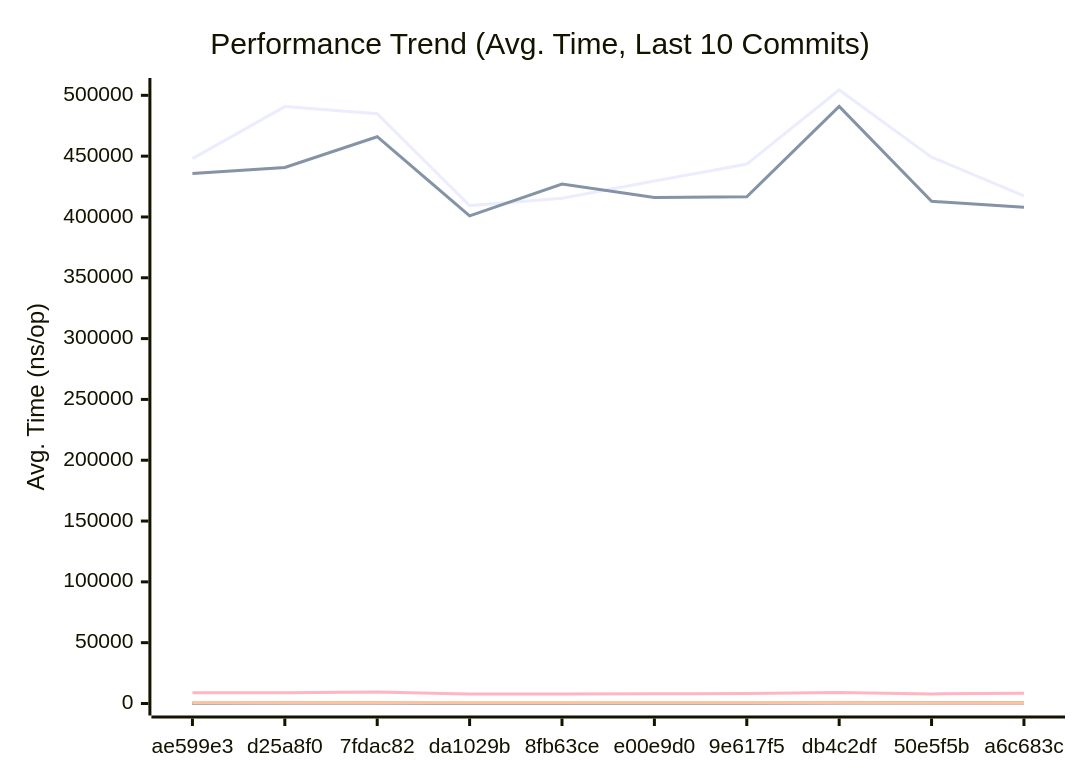
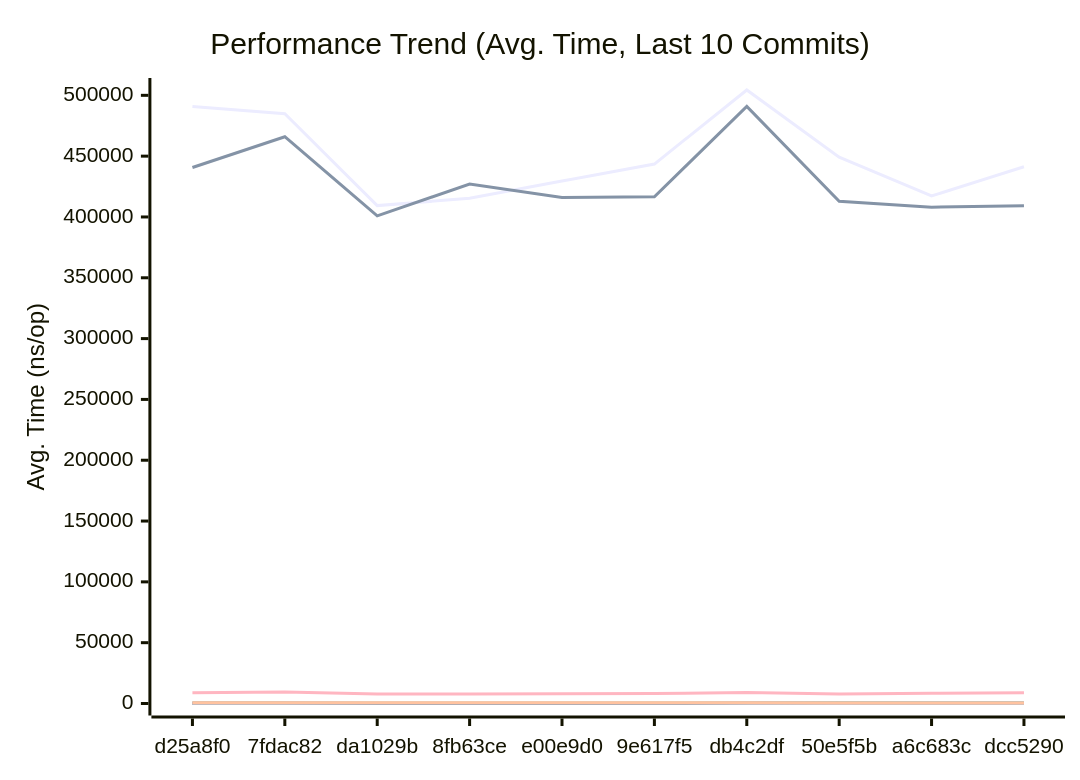
One commit to alsotoes/momo changed the first of 3 diagrams in docs/PERFORMANCE.md. Above: the diagram before and after it, drawn with Mermaid. The commit also changed other lines of this file and 2 other files, not shown here.

````diff
--- a/docs/PERFORMANCE.md
+++ b/docs/PERFORMANCE.md
@@ -145,20 +145,20 @@
 ```mermaid
 xychart-beta
     title "Performance Trend (Avg. Time, Last 10 Commits)"
     x-axis "Commit"
     y-axis "Avg. Time (ns/op)"
-    x-axis [ae599e3,d25a8f0,7fdac82,da1029b,8fb63ce,e00e9d0,9e617f5,db4c2df,50e5f5b,a6c683c]
-    line "AWSChunkedReaderSigned" [448000,490719,484836,409335,415353,429495,443463,504383,449225,417284]
-    line "AWSChunkedReaderUnsigned" [435828,440689,465971,400921,427097,416046,416589,490906,412879,408069]
-    line "CheckMetricsAndSwap" [9,8,10,7,8,8,7,8,8,8]
-    line "CrushOptimized" [330,354,427,297,293,318,318,375,304,305]
-    line "CrushOriginal" [425,439,459,396,411,411,409,471,434,425]
+    x-axis [d25a8f0,7fdac82,da1029b,8fb63ce,e00e9d0,9e617f5,db4c2df,50e5f5b,a6c683c,dcc5290]
+    line "AWSChunkedReaderSigned" [490719,484836,409335,415353,429495,443463,504383,449225,417284,441285]
+    line "AWSChunkedReaderUnsigned" [440689,465971,400921,427097,416046,416589,490906,412879,408069,409317]
+    line "CheckMetricsAndSwap" [8,10,7,8,8,7,8,8,8,8]
+    line "CrushOptimized" [354,427,297,293,318,318,375,304,305,316]
+    line "CrushOriginal" [439,459,396,411,411,409,471,434,425,445]
     line "IndexDirectTracking" [0,0,0,0,0,0,0,0,0,0]
     line "IndexSearch" [2,2,2,2,2,2,2,2,2,2]
-    line "LoadGlobalConfig" [8919,8791,9473,7743,7862,8049,8138,9117,7890,8368]
-    line "PadString" [41,47,46,38,38,39,39,49,39,40]
+    line "LoadGlobalConfig" [8791,9473,7743,7862,8049,8138,9117,7890,8368,8771]
+    line "PadString" [47,46,38,38,39,39,49,39,40,45]
     line "ParseReplicationOrder_NoPrealloc" [350,349,357,354,345,225,229,165,232,234]
     line "ParseReplicationOrder_Prealloc" [229,231,237,234,229,108,107,80,110,109]
-    line "SanitizeLog/Safe" [236,446,421,213,231,213,222,430,390,419]
-    line "SanitizeLog/Unsafe" [701,564,628,658,674,673,658,601,504,506]
+    line "SanitizeLog/Safe" [446,421,213,231,213,222,430,390,419,504]
+    line "SanitizeLog/Unsafe" [564,628,658,674,673,658,601,504,506,501]
 ```
````
